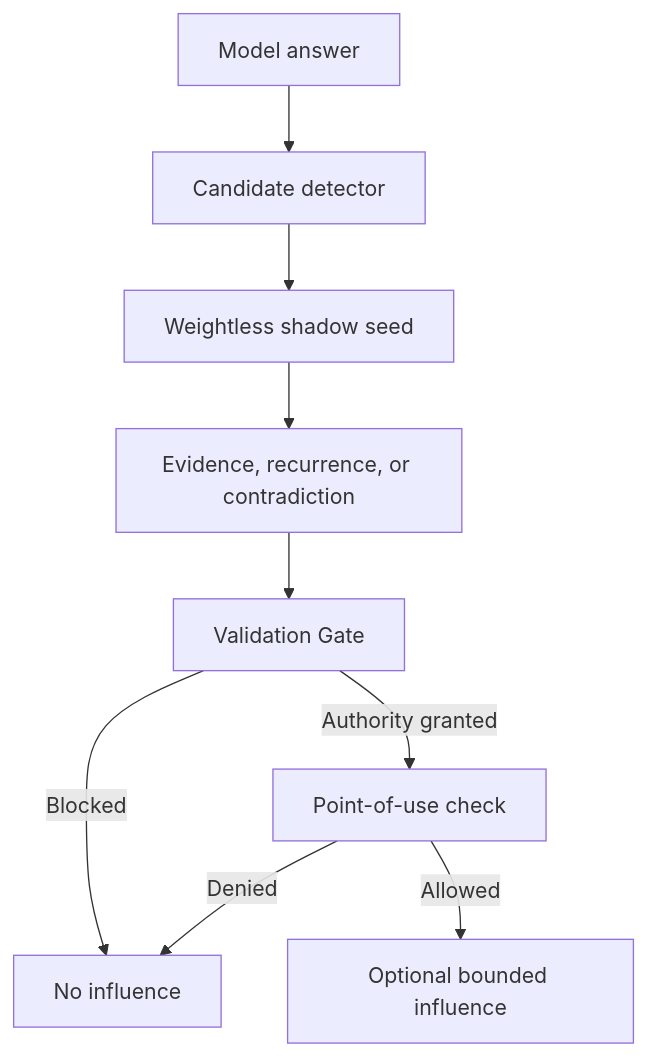
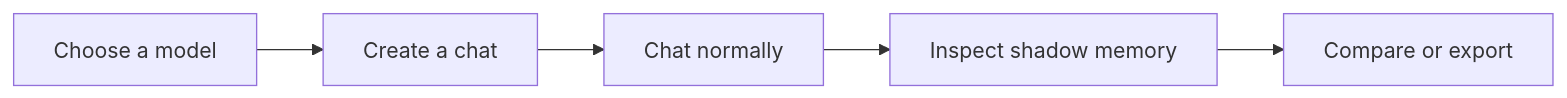
The first of 4 diagrams in docs/architecture/high-level-design.md (E-AI-MODEL/shadowseed-pro), drawn with Mermaid before and after one commit. The commit also changed other lines of this file, not shown here.

````diff
--- a/docs/architecture/high-level-design.md
+++ b/docs/architecture/high-level-design.md
@@ -29,11 +30,7 @@
 ```mermaid
-flowchart TD
-    A[Model answer] --> B[Candidate detector]
-    B --> C[Weightless shadow seed]
-    C --> D[Evidence, recurrence, or contradiction]
-    D --> E[Validation Gate]
-    E -->|Blocked| F[No influence]
-    E -->|Authority granted| G[Point-of-use check]
-    G -->|Denied| F
-    G -->|Allowed| H[Optional bounded influence]
+flowchart LR
+    A[Choose a model] --> B[Create a chat]
+    B --> C[Chat normally]
+    C --> D[Inspect shadow memory]
+    D --> E[Compare or export]
 ```
````
